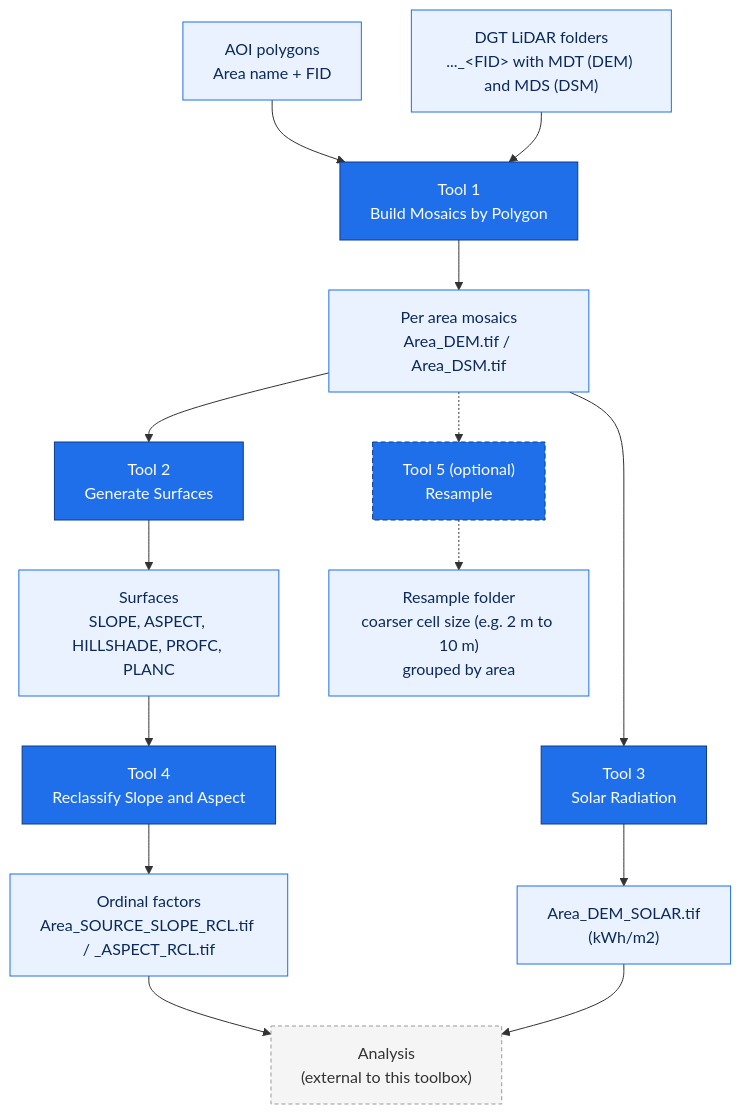
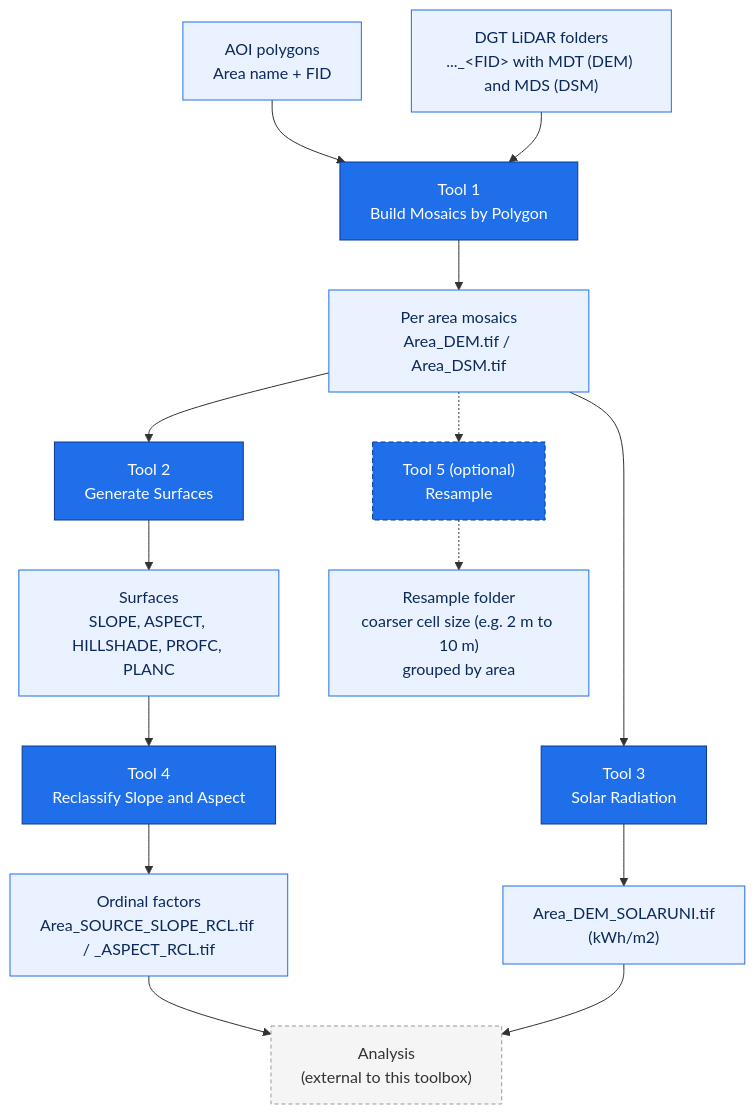
The diagram in README.md (PedroMMGoncalves/lidar-terrain-arcgis-tools), drawn with Mermaid before and after one commit. The commit also changed other lines of this file, not shown here.

First line of the commit message:
Document the solar options, slope percent, and new defaults

````diff
--- a/README.md
+++ b/README.md
@@ -38,28 +38,28 @@
 ```mermaid
 flowchart TD
     AOI["AOI polygons<br/>Area name + FID"]
     LID["DGT LiDAR folders<br/>..._&lt;FID&gt; with MDT (DEM) and MDS (DSM)"]
     AOI --> T1
     LID --> T1
     T1["Tool 1<br/>Build Mosaics by Polygon"]
     T1 --> M["Per area mosaics<br/>Area_DEM.tif / Area_DSM.tif"]
     M --> T2["Tool 2<br/>Generate Surfaces"]
     M --> T3["Tool 3<br/>Solar Radiation"]
     M -.-> T5["Tool 5 (optional)<br/>Resample"]
     T2 --> S["Surfaces<br/>SLOPE, ASPECT, HILLSHADE, PROFC, PLANC"]
-    T3 --> SOL["Area_DEM_SOLAR.tif<br/>(kWh/m2)"]
+    T3 --> SOL["Area_DEM_SOLARUNI.tif<br/>(kWh/m2)"]
     T5 -.-> RS["Resample folder<br/>coarser cell size (e.g. 2 m to 10 m)<br/>grouped by area"]
     S --> T4["Tool 4<br/>Reclassify Slope and Aspect"]
     T4 --> RCL["Ordinal factors<br/>Area_SOURCE_SLOPE_RCL.tif / _ASPECT_RCL.tif"]
     RCL --> EXT["Analysis<br/>(external to this toolbox)"]
     SOL --> EXT
 
     classDef tool fill:#1f6feb,stroke:#0d3b8a,color:#ffffff;
     classDef opttool fill:#1f6feb,stroke:#0d3b8a,color:#ffffff,stroke-dasharray:5 3;
     classDef data fill:#eaf2ff,stroke:#1f6feb,color:#0b2a5b;
     classDef ext fill:#f5f5f5,stroke:#999999,color:#333333,stroke-dasharray:4 3;
     class T1,T2,T3,T4 tool;
     class T5 opttool;
     class AOI,LID,M,S,SOL,RCL,RS data;
     class EXT ext;
 ```
````
